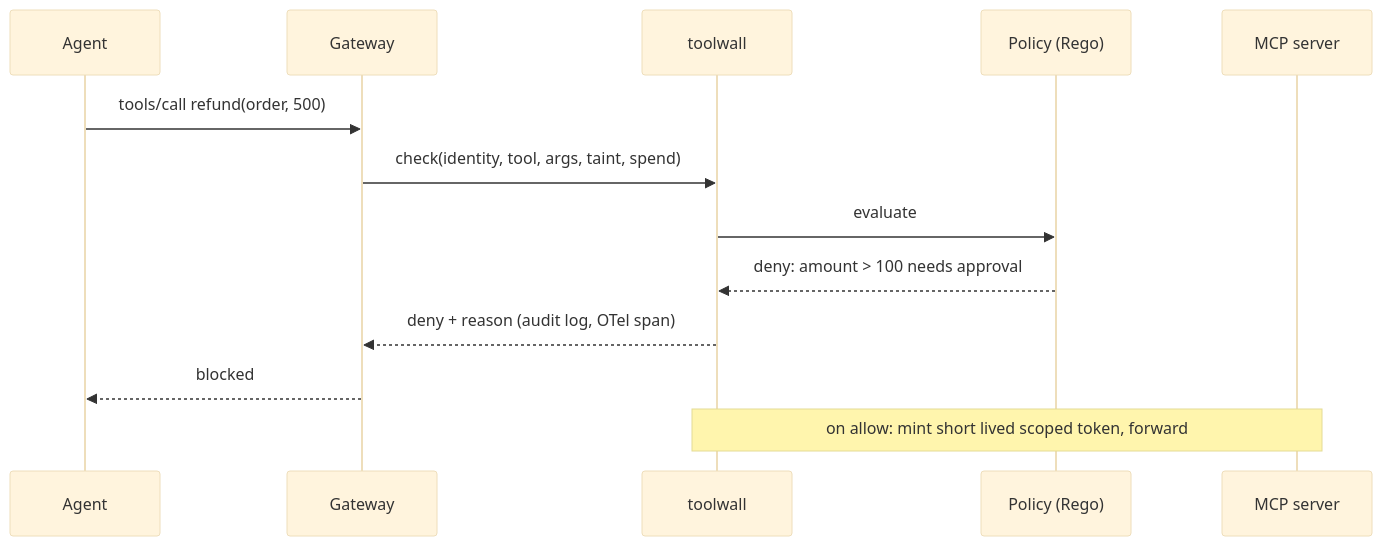
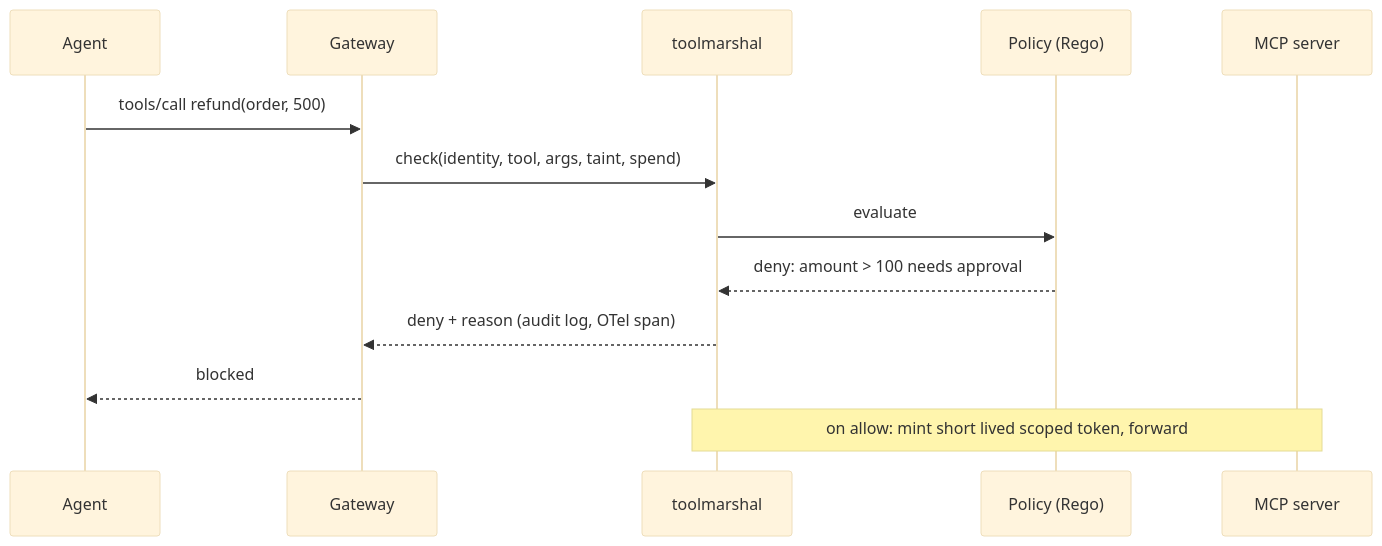
One commit to thirumal1206/toolmarshal changed the diagram in README.md. Above: the diagram before and after it, drawn with Mermaid (base theme). The commit also changed other lines of this file and 19 other files, not shown here.

````diff
--- a/README.md
+++ b/README.md
@@ -17,15 +17,15 @@
 ```mermaid
 sequenceDiagram
     participant A as Agent
     participant G as Gateway
-    participant T as toolwall
+    participant T as toolmarshal
     participant P as Policy (Rego)
     participant M as MCP server
     A->>G: tools/call refund(order, 500)
     G->>T: check(identity, tool, args, taint, spend)
     T->>P: evaluate
     P-->>T: deny: amount > 100 needs approval
     T-->>G: deny + reason (audit log, OTel span)
     G-->>A: blocked
     Note over T,M: on allow: mint short lived scoped token, forward
 ```
````
